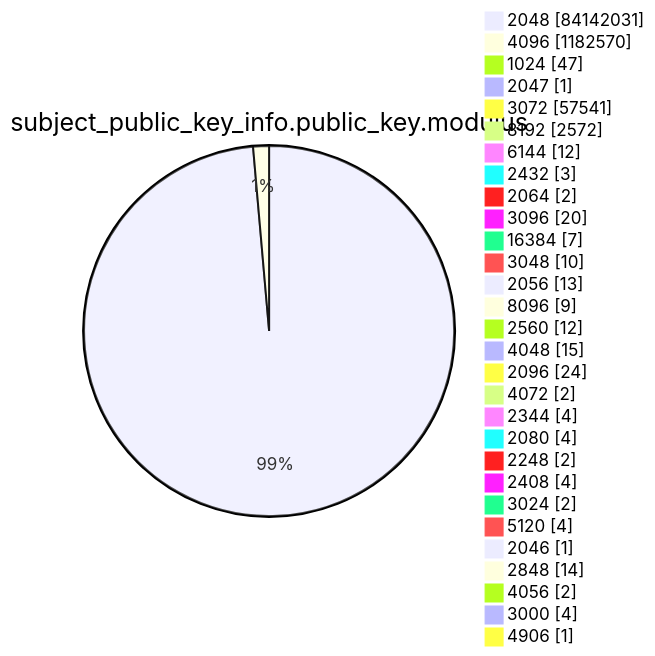
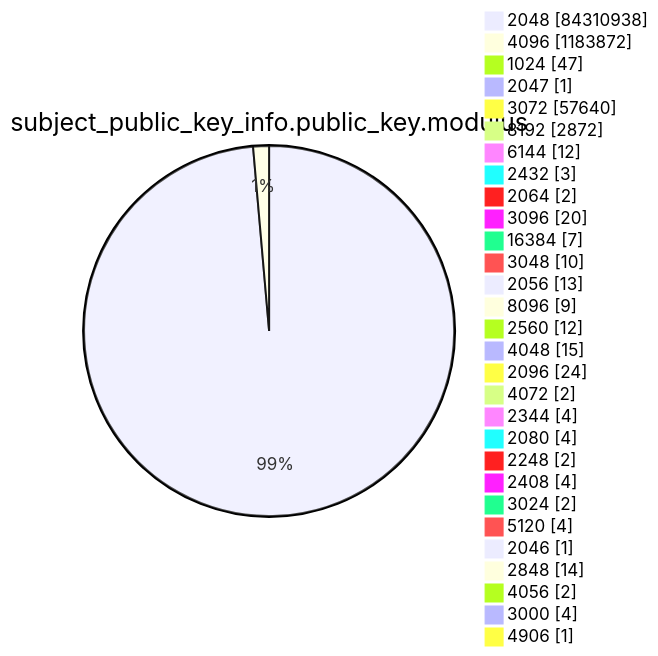
Before and after one commit to christiankrug/ctmonitor_visualization: diagram 13 of 15 in xenon2023/README.md, drawn with Mermaid. The commit also changed other lines of this file, not shown here.

````diff
--- a/xenon2023/README.md
+++ b/xenon2023/README.md
@@ -2727,33 +2736,33 @@
 ```mermaid
 pie showData
 title subject_public_key_info.public_key.modulus
-"2048" :84142031
-"4096" :1182570
+"2048" :84310938
+"4096" :1183872
 "1024" :47
 "2047" :1
-"3072" :57541
-"8192" :2572
+"3072" :57640
+"8192" :2872
 "6144" :12
 "2432" :3
 "2064" :2
 "3096" :20
 "16384" :7
 "3048" :10
 "2056" :13
 "8096" :9
 "2560" :12
 "4048" :15
 "2096" :24
 "4072" :2
 "2344" :4
 "2080" :4
 "2248" :2
 "2408" :4
 "3024" :2
 "5120" :4
 "2046" :1
 "2848" :14
 "4056" :2
 "3000" :4
 "4906" :1
 ```
````
